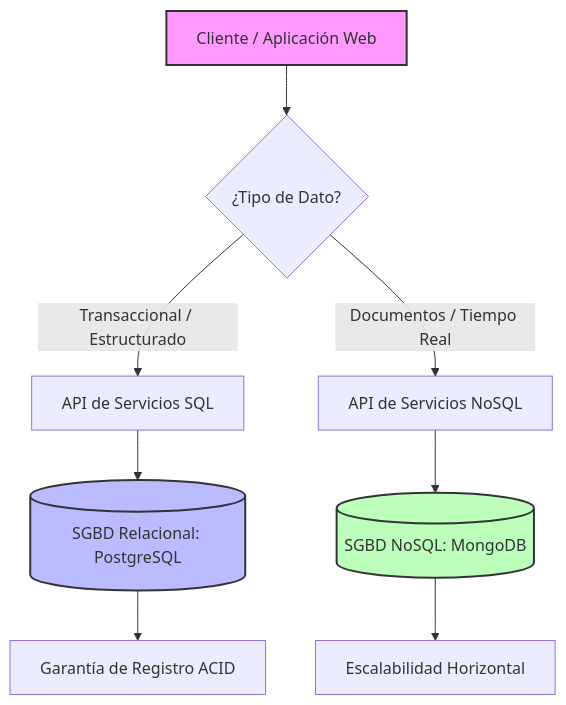
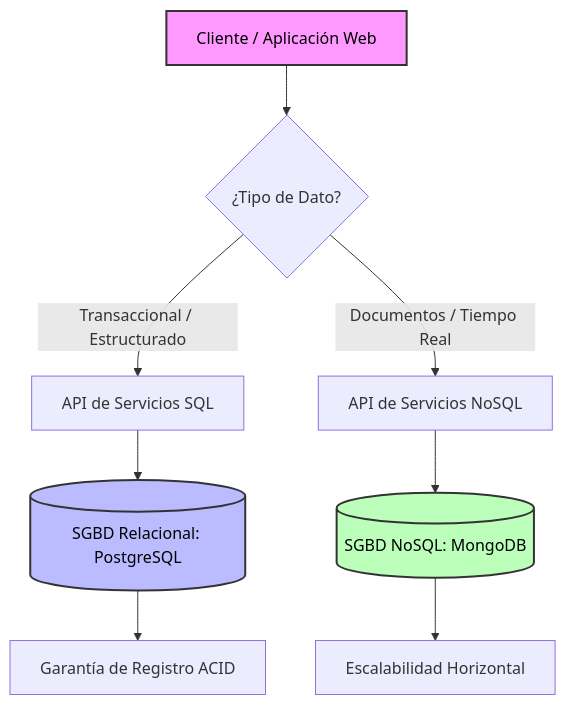
The diagram in PROYECTO1.md (Theinlog/Proyectos-TIC-UJAT), drawn with Mermaid before and after one commit.

Commit message:
PROYECTO1.md

````diff
--- a/PROYECTO1.md
+++ b/PROYECTO1.md
@@ -47,18 +47,18 @@
 ```mermaid
 graph TD
     A[Cliente / Aplicación Web] --> B{¿Tipo de Dato?}
     
     %% Rama Transaccional
     B -- Transaccional / Estructurado --> C[API de Servicios SQL]
     C --> D[(SGBD Relacional: PostgreSQL)]
     D --> E[Garantía de Registro ACID]
     
     %% Rama No Estructurada
     B -- Documentos / Tiempo Real --> F[API de Servicios NoSQL]
     F --> G[(SGBD NoSQL: MongoDB)]
     G --> H[Escalabilidad Horizontal]
 
-    style A fill:#f9f,stroke:#333,stroke-width:2px
-    style D fill:#bbf,stroke:#333,stroke-width:2px
-    style G fill:#bfb,stroke:#333,stroke-width:2px
+    style A fill:#f9f,stroke:#333,stroke-width:2px,color:#000
+    style D fill:#bbf,stroke:#333,stroke-width:2px,color:#000
+    style G fill:#bfb,stroke:#333,stroke-width:2px,color:#000
 ```
````
